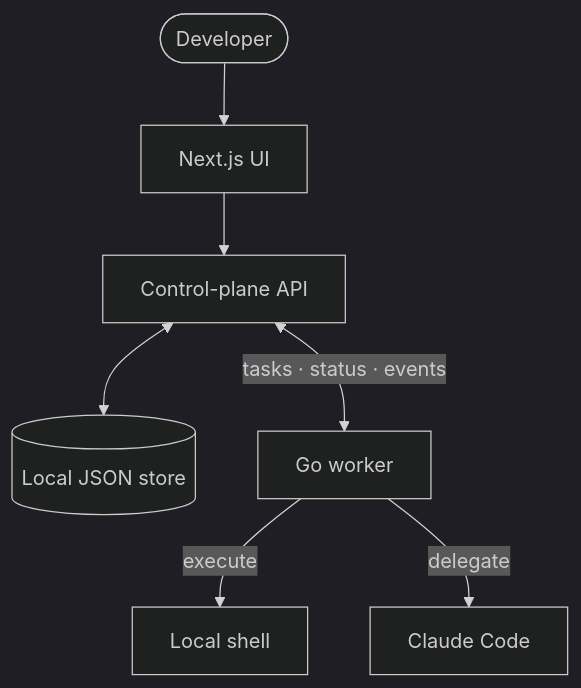
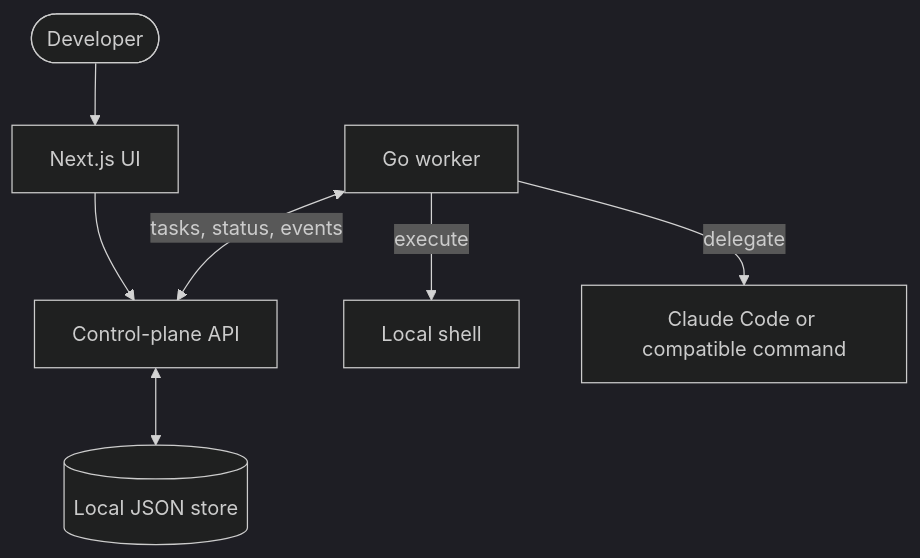
Before and after one commit to owainlewis/blueprint: the first of 2 diagrams in examples/dispatch-control-plane/design.md, drawn with Mermaid (dark theme). The commit also changed other lines of this file and 10 other files, not shown here.

Commit message:
feat(architecture): separate current state from design specs

````diff
--- a/examples/dispatch-control-plane/design.md
+++ b/examples/dispatch-control-plane/design.md
@@ -36,9 +21,9 @@
 ```mermaid
 flowchart TB
     Developer([Developer]) --> UI["Next.js UI"]
     UI --> API["Control-plane API"]
     API <--> Store[("Local JSON store")]
-    API <-->|tasks · status · events| Worker["Go worker"]
+    Worker["Go worker"] <-->|tasks, status, events| API
     Worker -->|execute| Shell["Local shell"]
-    Worker -->|delegate| Agent["Claude Code"]
+    Worker -->|delegate| Agent["Claude Code or compatible command"]
 ```
````
